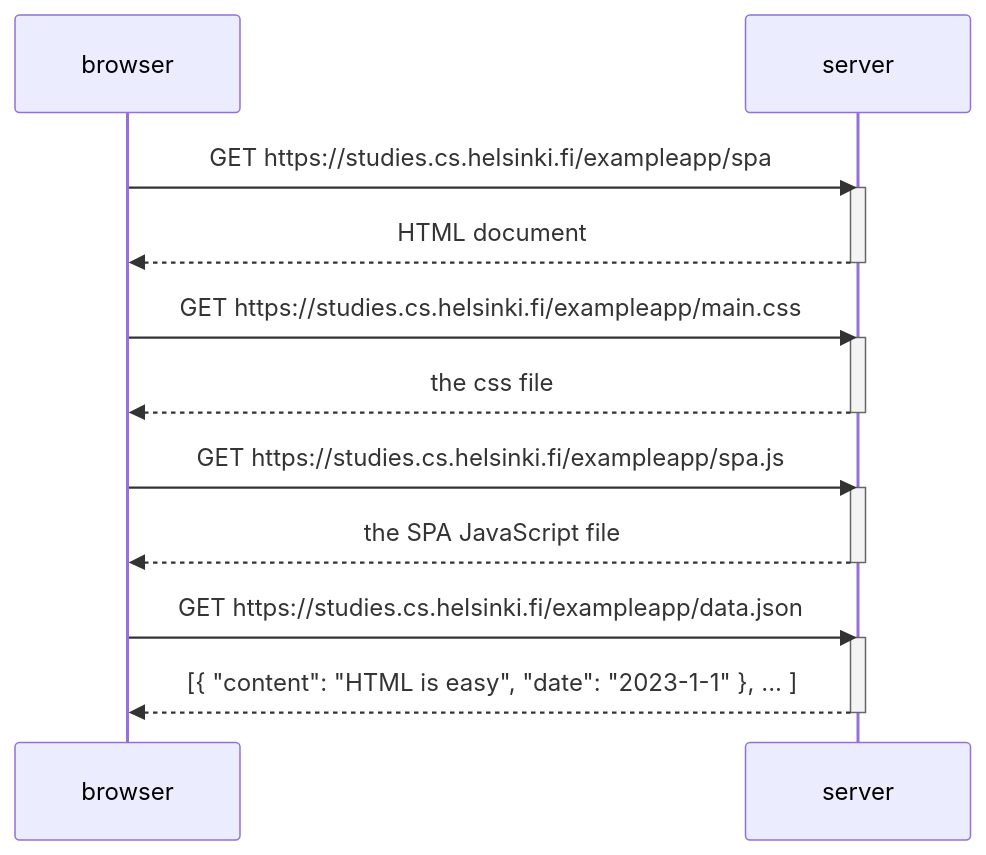
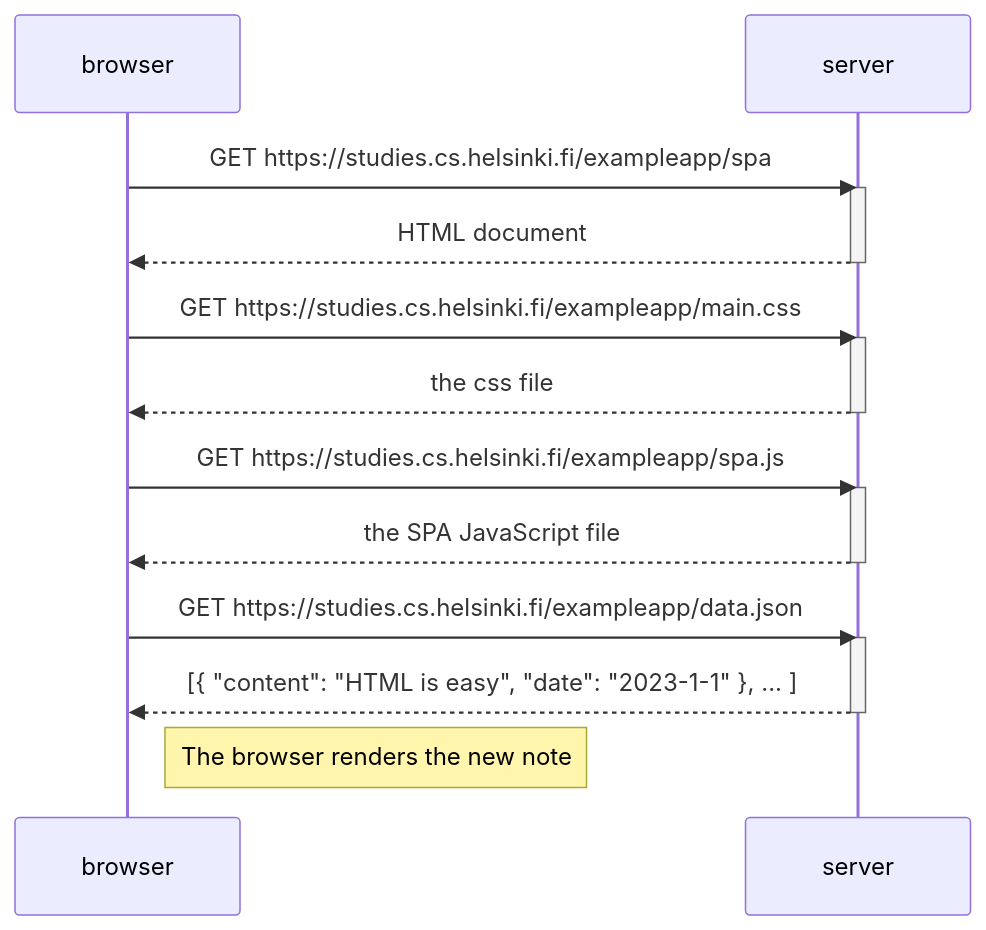
The diagram in 0_5.md (linneahaapio/part0), drawn with Mermaid before and after one commit. The commit also changed 2 other files, not shown here.

Commit message:
Part 0 comments

````diff
--- a/0_5.md
+++ b/0_5.md
@@ -1,27 +1,29 @@
 ```mermaid
 
 sequenceDiagram
     participant browser
     participant server
 
     browser->>server: GET https://studies.cs.helsinki.fi/exampleapp/spa
     activate server
     server-->>browser: HTML document
     deactivate server
 
     browser->>server: GET https://studies.cs.helsinki.fi/exampleapp/main.css
     activate server
     server-->>browser: the css file
     deactivate server
 
     browser->>server: GET https://studies.cs.helsinki.fi/exampleapp/spa.js
     activate server
     server-->>browser: the SPA JavaScript file
     deactivate server
 
     browser->>server: GET https://studies.cs.helsinki.fi/exampleapp/data.json
     activate server
     server-->>browser: [{ "content": "HTML is easy", "date": "2023-1-1" }, ... ]
     deactivate server
 
+    Note right of browser: The browser renders the new note
+
 ```
````
